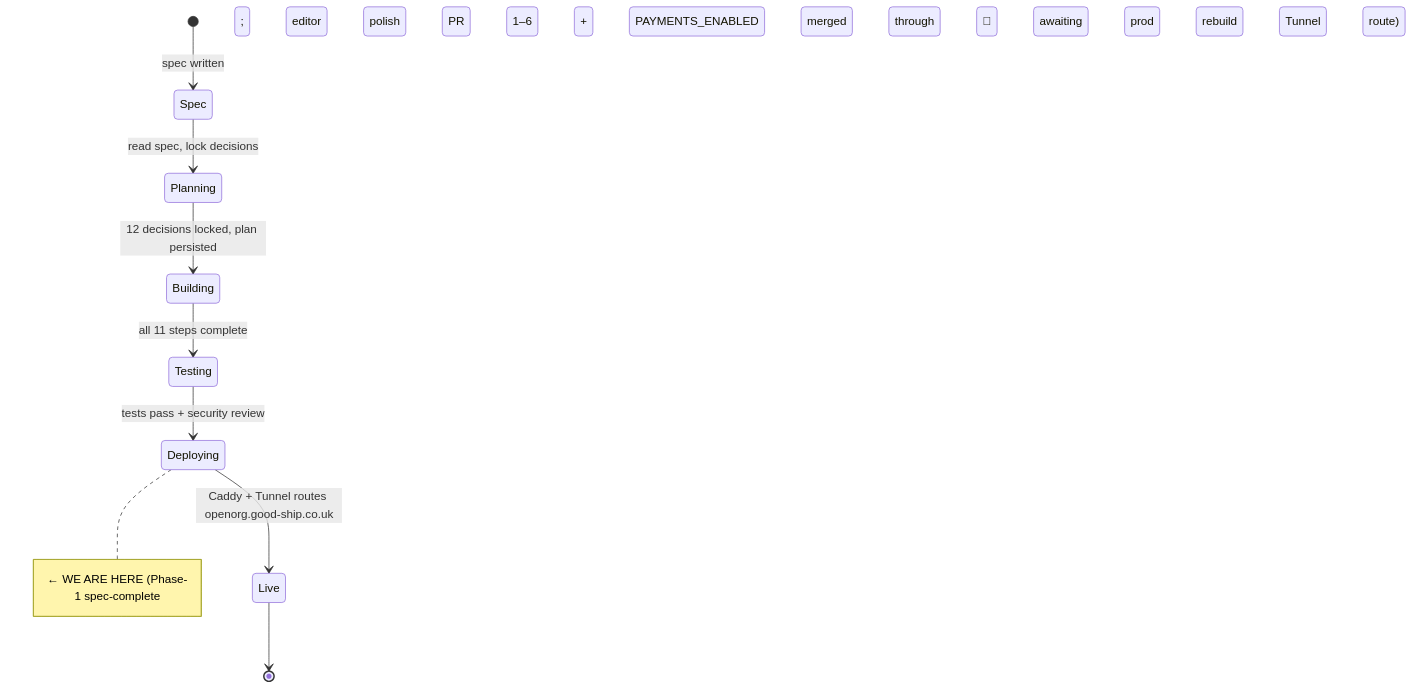
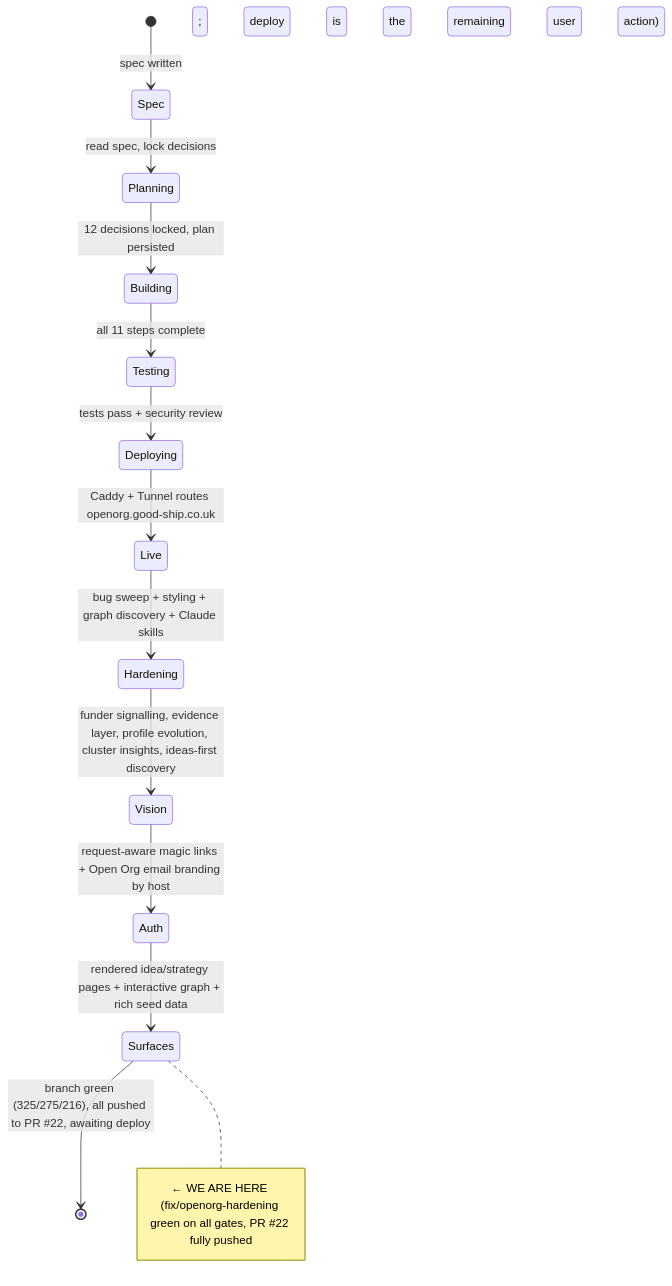
Before and after one commit to dataforaction-tom/llmstxt-social: the first of 2 diagrams in STATE.md, drawn with Mermaid. The commit also changed other lines of this file and 86 other files, not shown here.

First line of the commit message:
feat(openorg): hardening, essay-vision features, and request-aware magic-link auth (#22)

````diff
--- a/STATE.md
+++ b/STATE.md
@@ -8,12 +8,16 @@
 ```mermaid
 stateDiagram-v2
     [*] --> Spec: spec written
     Spec --> Planning: read spec, lock decisions
     Planning --> Building: 12 decisions locked, plan persisted
     Building --> Testing: all 11 steps complete
     Testing --> Deploying: tests pass + security review
     Deploying --> Live: Caddy + Tunnel routes openorg.good-ship.co.uk
-    Live --> [*]
+    Live --> Hardening: bug sweep + styling + graph discovery + Claude skills
+    Hardening --> Vision: funder signalling, evidence layer, profile evolution, cluster insights, ideas-first discovery
+    Vision --> Auth: request-aware magic links + Open Org email branding by host
+    Auth --> Surfaces: rendered idea/strategy pages + interactive graph + rich seed data
+    Surfaces --> [*]: branch green (325/275/216), all pushed to PR #22, awaiting deploy
 
-    note right of Deploying: ← WE ARE HERE (Phase-1 spec-complete; editor polish PR 1–6 + PAYMENTS_ENABLED merged through PR #19; awaiting prod rebuild + Tunnel route)
+    note right of Surfaces: ← WE ARE HERE (fix/openorg-hardening green on all gates, PR #22 fully pushed; deploy is the remaining user action)
 ```
````
